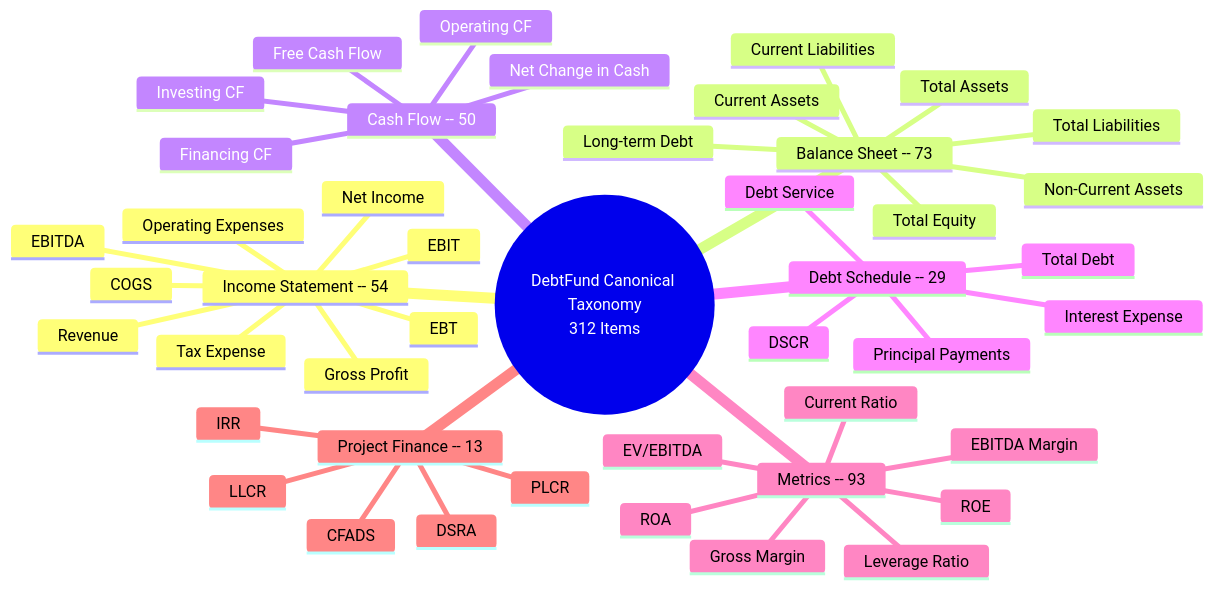
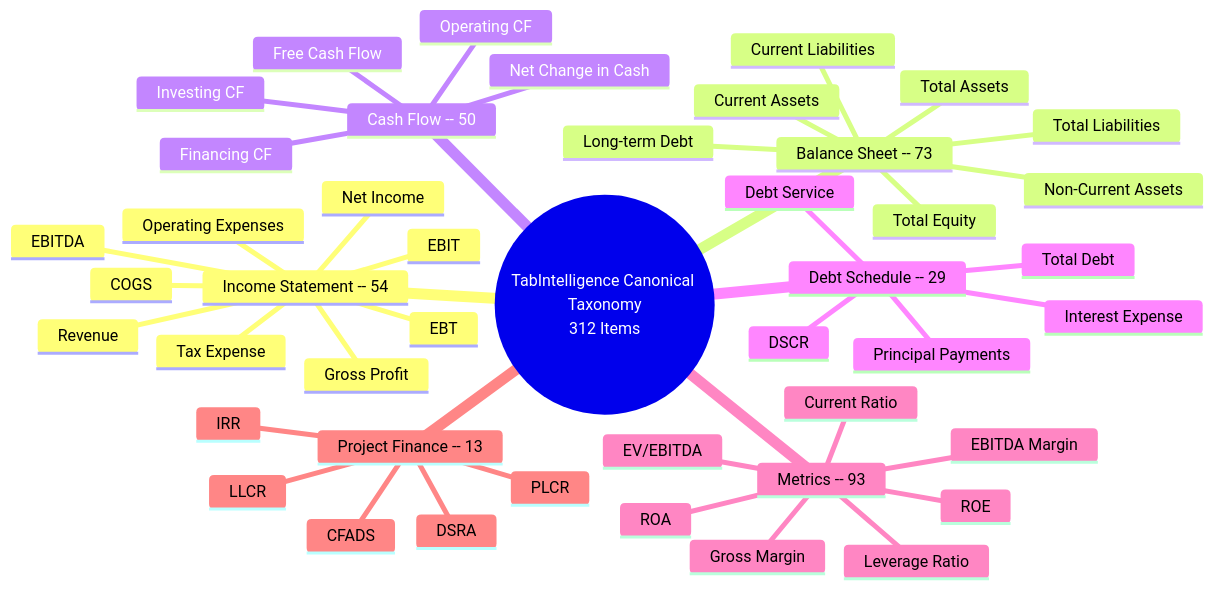
The fifth of 5 diagrams in docs/demo/architecture-diagrams.md (schabusflorian-ui/TabIntelligence), drawn with Mermaid before and after one commit. The commit also changed other lines of this file and 72 other files, not shown here.

First line of the commit message:
Rename project from DebtFund to TabIntelligence

````diff
--- a/docs/demo/architecture-diagrams.md
+++ b/docs/demo/architecture-diagrams.md
@@ -441,48 +441,48 @@
 ```mermaid
 mindmap
-  root(("DebtFund Canonical Taxonomy<br/>312 Items"))
+  root(("TabIntelligence Canonical Taxonomy<br/>312 Items"))
     Income Statement -- 54
       Revenue
       COGS
       Gross Profit
       Operating Expenses
       EBITDA
       EBIT
       EBT
       Tax Expense
       Net Income
     Balance Sheet -- 73
       Current Assets
       Non-Current Assets
       Total Assets
       Current Liabilities
       Long-term Debt
       Total Liabilities
       Total Equity
     Cash Flow -- 50
       Operating CF
       Investing CF
       Financing CF
       Free Cash Flow
       Net Change in Cash
     Debt Schedule -- 29
       Total Debt
       Interest Expense
       Principal Payments
       DSCR
       Debt Service
     Metrics -- 93
       Gross Margin
       EBITDA Margin
       ROE
       ROA
       Current Ratio
       Leverage Ratio
       EV/EBITDA
     Project Finance -- 13
       CFADS
       DSRA
       LLCR
       PLCR
       IRR
 ```
````
